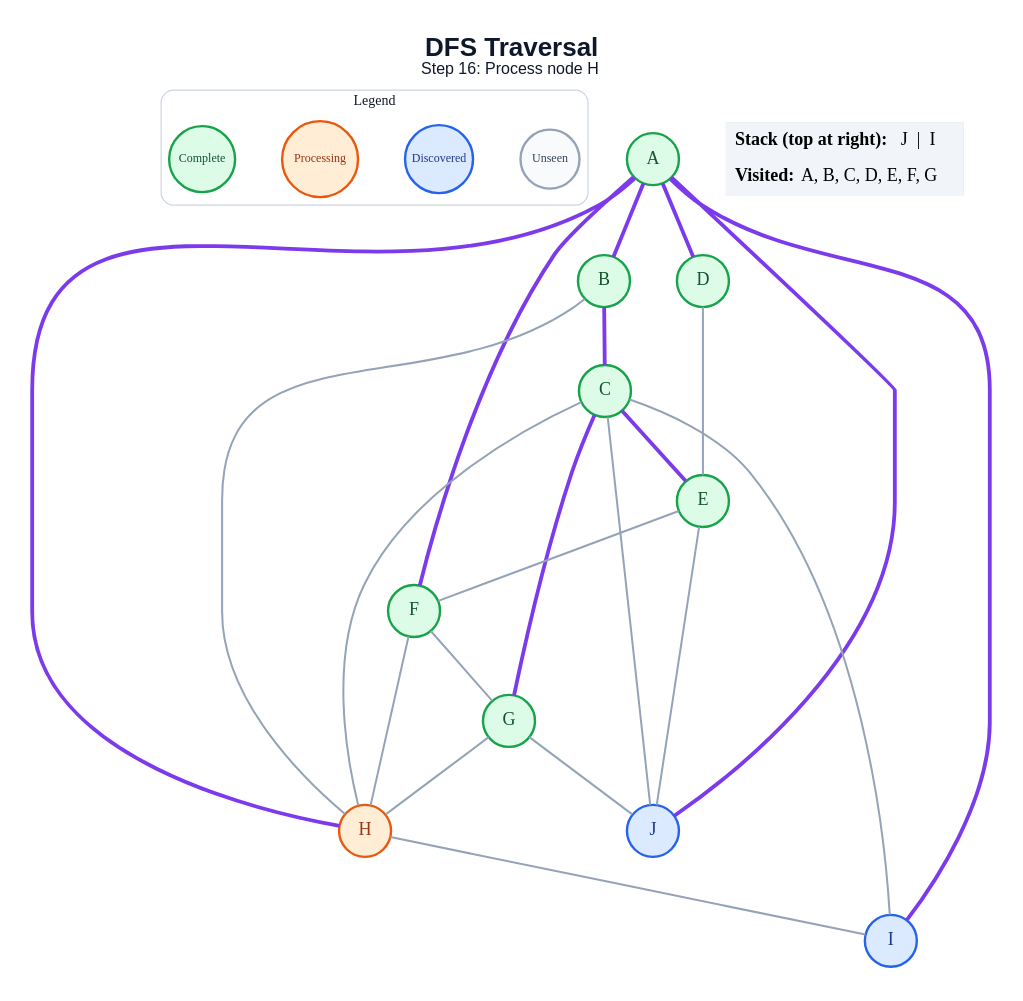
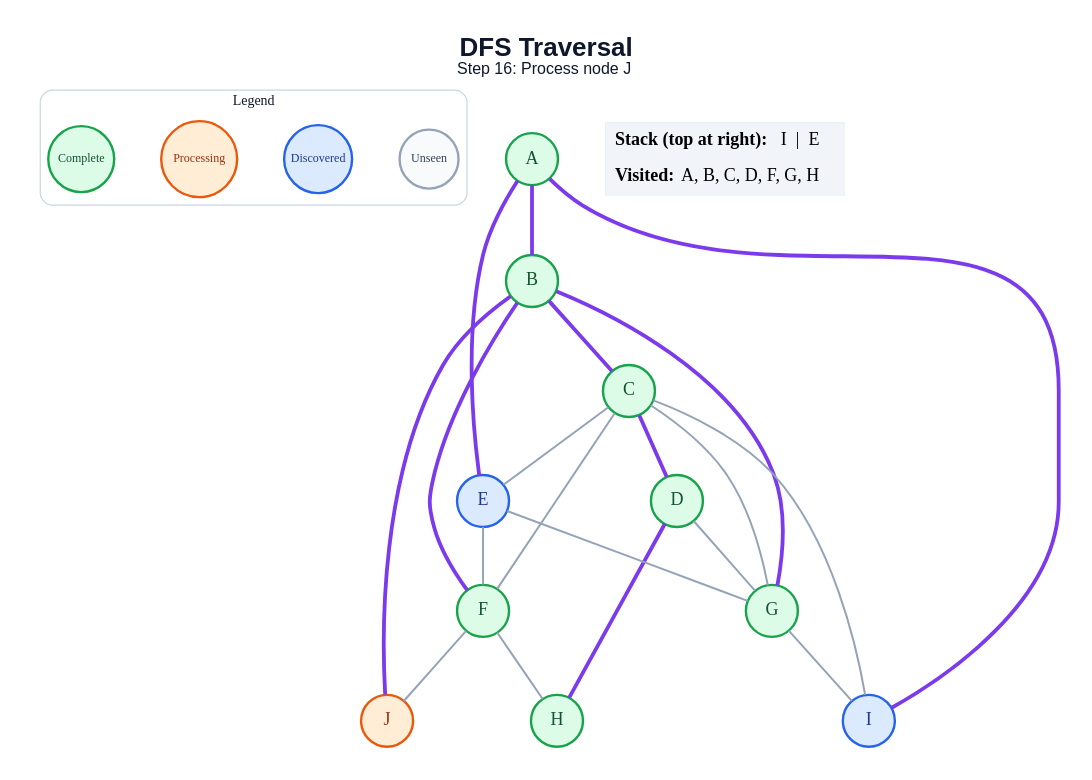
Before and after one commit to amanghodawala9/ai-slop: the diagram in generated/dfs/step_16.dot, drawn with Graphviz. The commit also changed 178 other files, not shown here.

```diff
--- a/generated/dfs/step_16.dot
+++ b/generated/dfs/step_16.dot
@@ -1,50 +1,48 @@
 graph traversal {
   graph [layout=dot, rankdir=TB, bgcolor="#FFFFFF", pad="0.35", nodesep="0.65", ranksep="0.8", fontname="Arial"];
   node [shape=circle, style="filled", fontname="Arial Bold", fontsize=18, width=0.72, fixedsize=true, penwidth=2.4];
   edge [color="#94A3B8", penwidth=2.0];
-  label=<<B>DFS Traversal</B><BR/><FONT POINT-SIZE="16">Step 16: Process node H</FONT>>; labelloc="t"; fontsize=26; fontname="Arial"; fontcolor="#0F172A";
+  label=<<B>DFS Traversal</B><BR/><FONT POINT-SIZE="16">Step 16: Process node J</FONT>>; labelloc="t"; fontsize=26; fontname="Arial"; fontcolor="#0F172A";
   subgraph cluster_legend { label="Legend"; color="#CBD5E1"; penwidth=1.2; style="rounded"; fontsize=14; fontname="Arial Bold";
     key_unseen [label="Unseen", fillcolor="#F8FAFC", color="#94A3B8", fontcolor="#334155", fontsize=12, width=0.82];
     key_frontier [label="Discovered", fillcolor="#DBEAFE", color="#2563EB", fontcolor="#1E3A8A", fontsize=12, width=0.95];
     key_current [label="Processing", fillcolor="#FFEDD5", color="#EA580C", fontcolor="#9A3412", fontsize=12, width=1.05];
     key_done [label="Complete", fillcolor="#DCFCE7", color="#16A34A", fontcolor="#14532D", fontsize=12, width=0.92];
     { rank=same; key_unseen; key_frontier; key_current; key_done; }
   }
   A [fillcolor="#DCFCE7", color="#16A34A", fontcolor="#14532D"];
   B [fillcolor="#DCFCE7", color="#16A34A", fontcolor="#14532D"];
   C [fillcolor="#DCFCE7", color="#16A34A", fontcolor="#14532D"];
   D [fillcolor="#DCFCE7", color="#16A34A", fontcolor="#14532D"];
-  E [fillcolor="#DCFCE7", color="#16A34A", fontcolor="#14532D"];
+  E [fillcolor="#DBEAFE", color="#2563EB", fontcolor="#1E3A8A"];
   F [fillcolor="#DCFCE7", color="#16A34A", fontcolor="#14532D"];
   G [fillcolor="#DCFCE7", color="#16A34A", fontcolor="#14532D"];
-  H [fillcolor="#FFEDD5", color="#EA580C", fontcolor="#9A3412"];
+  H [fillcolor="#DCFCE7", color="#16A34A", fontcolor="#14532D"];
   I [fillcolor="#DBEAFE", color="#2563EB", fontcolor="#1E3A8A"];
-  J [fillcolor="#DBEAFE", color="#2563EB", fontcolor="#1E3A8A"];
+  J [fillcolor="#FFEDD5", color="#EA580C", fontcolor="#9A3412"];
   A -- B [color="#7C3AED", penwidth=3.8];
-  A -- D [color="#7C3AED", penwidth=3.8];
-  A -- F [color="#7C3AED", penwidth=3.8];
-  A -- H [color="#7C3AED", penwidth=3.8];
+  A -- E [color="#7C3AED", penwidth=3.8];
   A -- I [color="#7C3AED", penwidth=3.8];
-  A -- J [color="#7C3AED", penwidth=3.8];
   B -- C [color="#7C3AED", penwidth=3.8];
-  B -- H;
-  C -- E [color="#7C3AED", penwidth=3.8];
-  C -- G [color="#7C3AED", penwidth=3.8];
-  C -- H;
+  B -- F [color="#7C3AED", penwidth=3.8];
+  B -- G [color="#7C3AED", penwidth=3.8];
+  B -- J [color="#7C3AED", penwidth=3.8];
+  C -- D [color="#7C3AED", penwidth=3.8];
+  C -- E;
+  C -- F;
+  C -- G;
   C -- I;
-  C -- J;
-  D -- E;
+  D -- G;
+  D -- H [color="#7C3AED", penwidth=3.8];
   E -- F;
-  E -- J;
-  F -- G;
+  E -- G;
   F -- H;
-  G -- H;
-  G -- J;
-  H -- I;
+  F -- J;
+  G -- I;
   status [shape=plain, fixedsize=false, width=0, height=0, margin=0, label=<
     <TABLE BORDER="0" CELLBORDER="0" CELLPADDING="7" BGCOLOR="#F1F5F9">
-      <TR><TD ALIGN="LEFT"><B>Stack (top at right):</B> J  |  I</TD></TR>
-      <TR><TD ALIGN="LEFT"><B>Visited:</B> A, B, C, D, E, F, G</TD></TR>
+      <TR><TD ALIGN="LEFT"><B>Stack (top at right):</B> I  |  E</TD></TR>
+      <TR><TD ALIGN="LEFT"><B>Visited:</B> A, B, C, D, F, G, H</TD></TR>
     </TABLE>
   >];
 }
```
